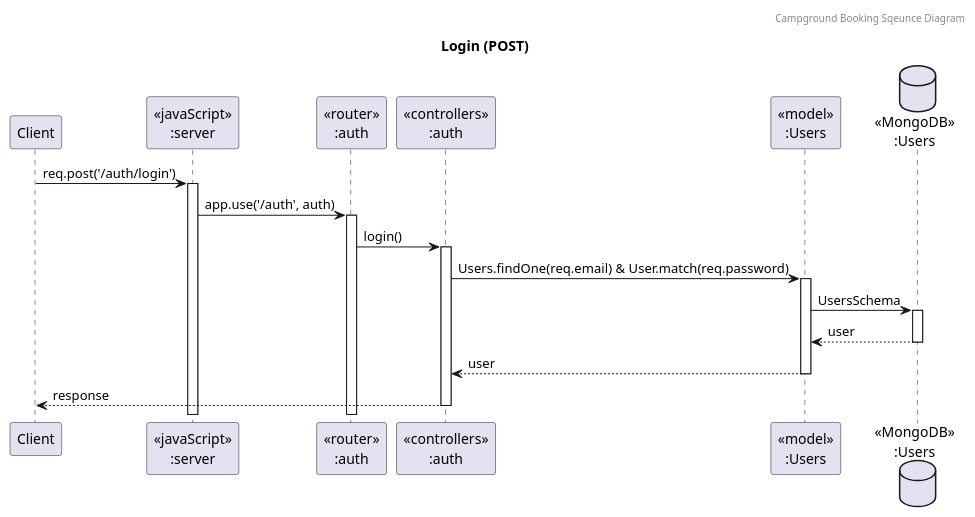
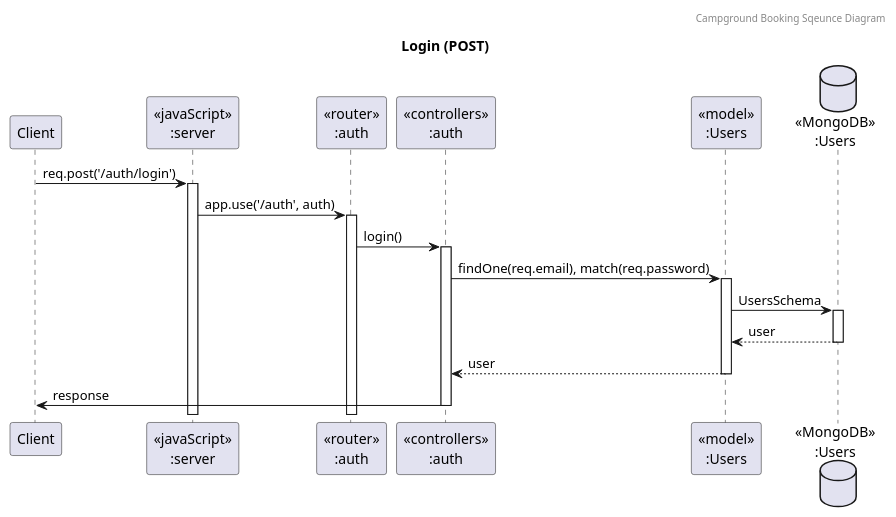
The diagram in documents/seqDiagram/AuthLogin.puml (Armph/Campground-Booking), drawn with PlantUML before and after one commit. The commit also changed 10 other files, not shown here.

```diff
--- a/documents/seqDiagram/AuthLogin.puml
+++ b/documents/seqDiagram/AuthLogin.puml
@@ -1,22 +1,22 @@
 @startuml Login (POST)
 
 header Campground Booking Sqeunce Diagram
 title "Login (POST)"
 
 participant "Client" as client
 participant "<<javaScript>>\n:server" as server
 participant "<<router>>\n:auth" as routerAuth
 participant "<<controllers>>\n:auth" as controllersAuth
 participant "<<model>>\n:Users" as modelUser
 database "<<MongoDB>>\n:Users" as UsersDatabase
 
 client->server ++:req.post('/auth/login')
 server->routerAuth ++:app.use('/auth', auth)
 routerAuth ->controllersAuth ++:login()
-controllersAuth ->modelUser ++:Users.findOne(req.email) & User.match(req.password)
+controllersAuth ->modelUser ++:findOne(req.email), match(req.password)
 modelUser -> UsersDatabase ++:UsersSchema
 UsersDatabase --> modelUser --:user
 modelUser --> controllersAuth --:user
-controllersAuth --> client --:response
+controllersAuth -> client --:response
 
 @enduml
```
